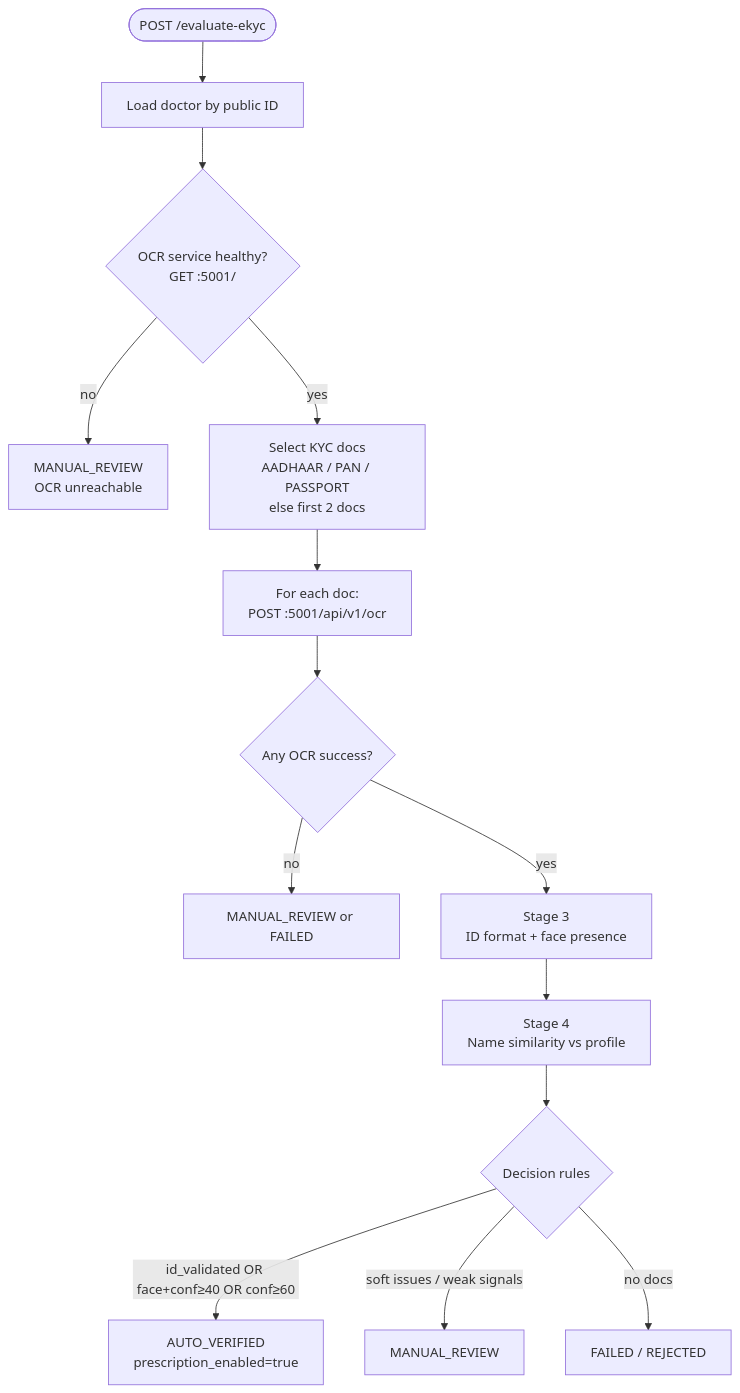
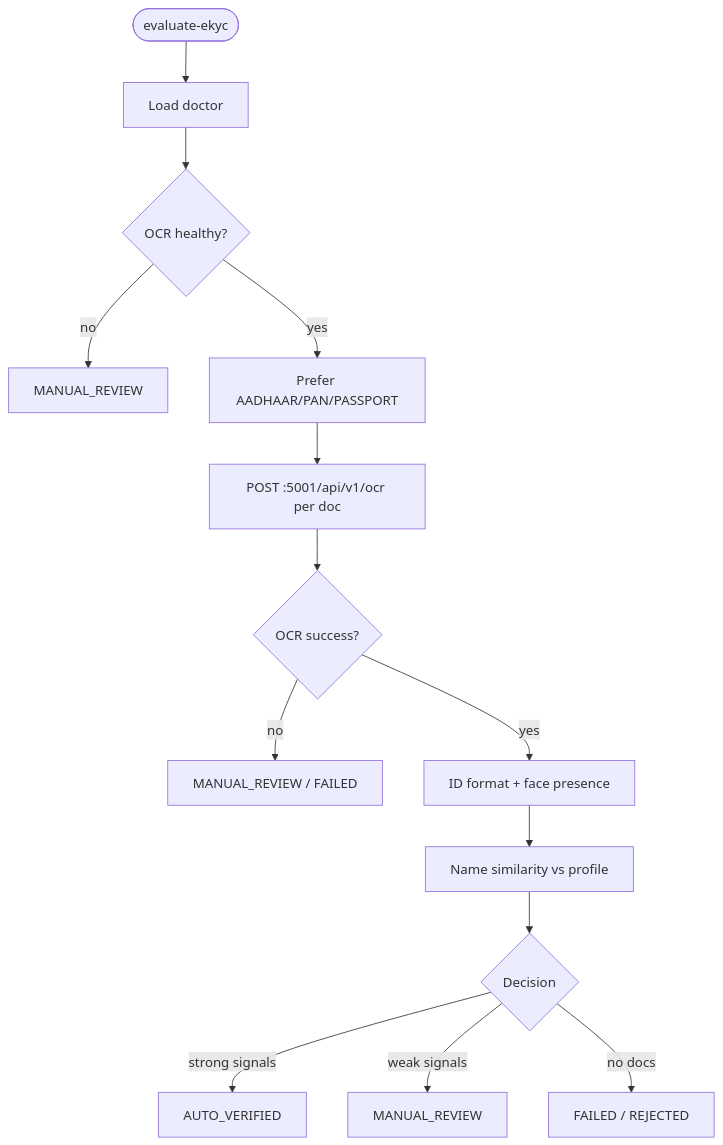
Before and after one commit to Saravanan2005real/zudoc-doctor-portal-EKYC: the third of 5 diagrams in README.md, drawn with Mermaid. The commit also changed other lines of this file and 23 other files, not shown here.

First line of the commit message:
Add FGI-Net eye tracking module and refresh eKYC architecture docs.

````diff
--- a/README.md
+++ b/README.md
@@ -131,16 +144,16 @@
 ```mermaid
 flowchart TD
-  A(["POST /evaluate-ekyc"]) --> B["Load doctor by public ID"]
-  B --> C{"OCR service healthy?<br/>GET :5001/"}
-  C -->|no| MR1["MANUAL_REVIEW<br/>OCR unreachable"]
-  C -->|yes| D["Select KYC docs<br/>AADHAAR / PAN / PASSPORT<br/>else first 2 docs"]
-  D --> E["For each doc:<br/>POST :5001/api/v1/ocr"]
-  E --> F{"Any OCR success?"}
-  F -->|no| MR2["MANUAL_REVIEW or FAILED"]
-  F -->|yes| G["Stage 3<br/>ID format + face presence"]
-  G --> H["Stage 4<br/>Name similarity vs profile"]
-  H --> I{"Decision rules"}
-  I -->|id_validated OR face+conf≥40 OR conf≥60| AV["AUTO_VERIFIED<br/>prescription_enabled=true"]
-  I -->|soft issues / weak signals| MR3["MANUAL_REVIEW"]
-  I -->|no docs| FAIL["FAILED / REJECTED"]
+  A(["evaluate-ekyc"]) --> B[Load doctor]
+  B --> C{OCR healthy?}
+  C -->|no| MR1[MANUAL_REVIEW]
+  C -->|yes| D[Prefer AADHAAR/PAN/PASSPORT]
+  D --> E["POST :5001/api/v1/ocr per doc"]
+  E --> F{OCR success?}
+  F -->|no| MR2[MANUAL_REVIEW / FAILED]
+  F -->|yes| G[ID format + face presence]
+  G --> H[Name similarity vs profile]
+  H --> I{Decision}
+  I -->|strong signals| AV[AUTO_VERIFIED]
+  I -->|weak signals| MR3[MANUAL_REVIEW]
+  I -->|no docs| FAIL[FAILED / REJECTED]
 ```
````
